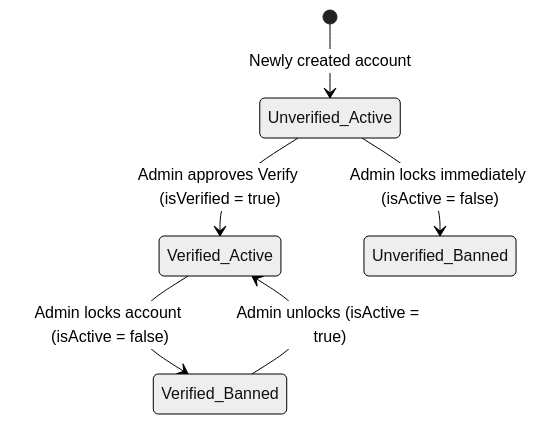
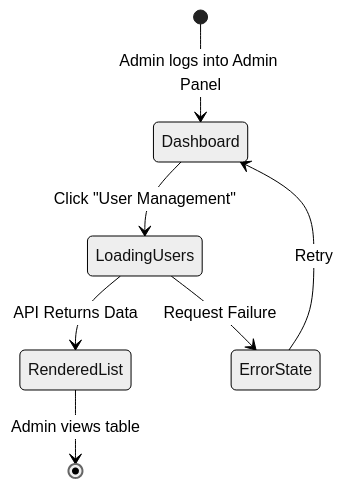
One commit to dat-21/SWD392 changed diagram 21 of 36 in UC_Backend_Design_Details.md. Above: the diagram before and after it, drawn with Mermaid (neutral theme). The commit also changed other lines of this file, not shown here.

Commit message:
feat: Refactor design documentation by removing the general system architecture diagram and adding specific high-level design diagrams for individual use cases.

````diff
--- a/UC_Backend_Design_Details.md
+++ b/UC_Backend_Design_Details.md
@@ -285,8 +477,9 @@
 ```mermaid
 stateDiagram-v2
-    [*] --> Unverified_Active: Newly created account
-    Unverified_Active --> Verified_Active: Admin approves Verify (isVerified = true)
-    Verified_Active --> Verified_Banned: Admin locks account (isActive = false)
-    Verified_Banned --> Verified_Active: Admin unlocks (isActive = true)
-    Unverified_Active --> Unverified_Banned: Admin locks immediately (isActive = false)
+    [*] --> Dashboard: Admin logs into Admin Panel
+    Dashboard --> LoadingUsers: Click "User Management"
+    LoadingUsers --> RenderedList: API Returns Data
+    LoadingUsers --> ErrorState: Request Failure
+    ErrorState --> Dashboard: Retry
+    RenderedList --> [*]: Admin views table
 ```
````
